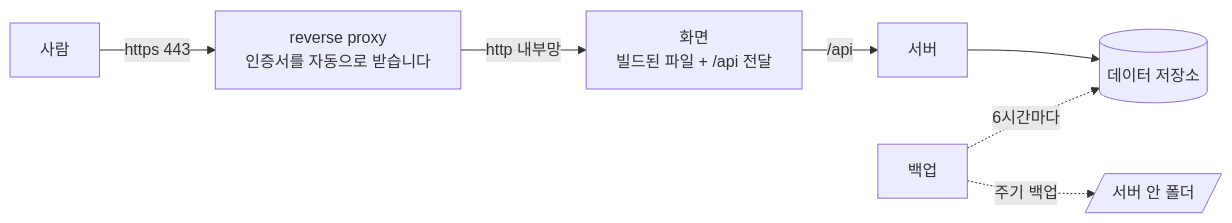
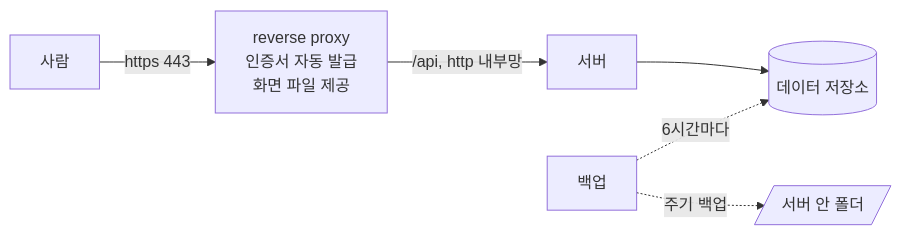
Before and after one commit to minkong-dev/Banblit: the diagram in .cluedoc/deployment/deployment.md, drawn with Mermaid. The commit also changed other lines of this file and 27 other files, not shown here.

````diff
--- a/.cluedoc/deployment/deployment.md
+++ b/.cluedoc/deployment/deployment.md
@@ -21,9 +21,8 @@
 ```mermaid
 flowchart LR
-    U[사람] -->|https 443| C[reverse proxy<br/>인증서를 자동으로 받습니다]
-    C -->|http 내부망| W[화면<br/>빌드된 파일 + /api 전달]
-    W -->|/api| A[서버]
+    U[사람] -->|https 443| C[reverse proxy<br/>인증서 자동 발급<br/>화면 파일 제공]
+    C -->|/api, http 내부망| A[서버]
     A --> D[(데이터 저장소)]
     B[백업] -.6시간마다.-> D
     B -.주기 백업.-> H[/서버 안 폴더/]
 ```
````
